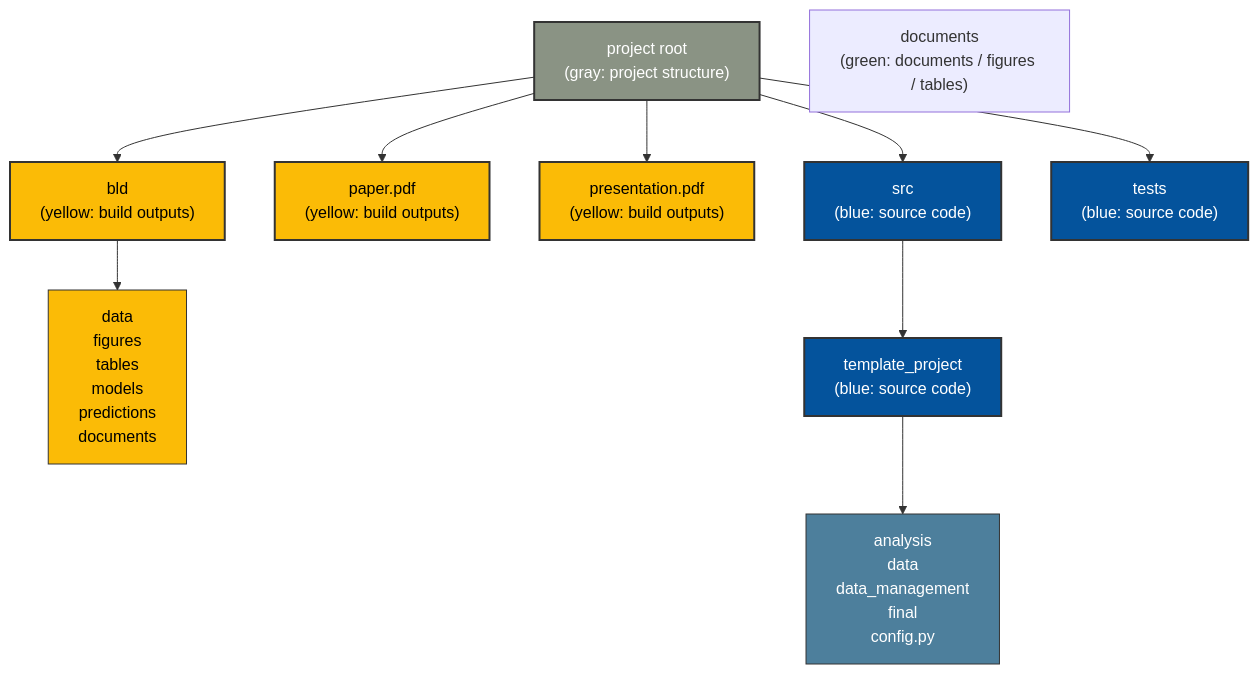
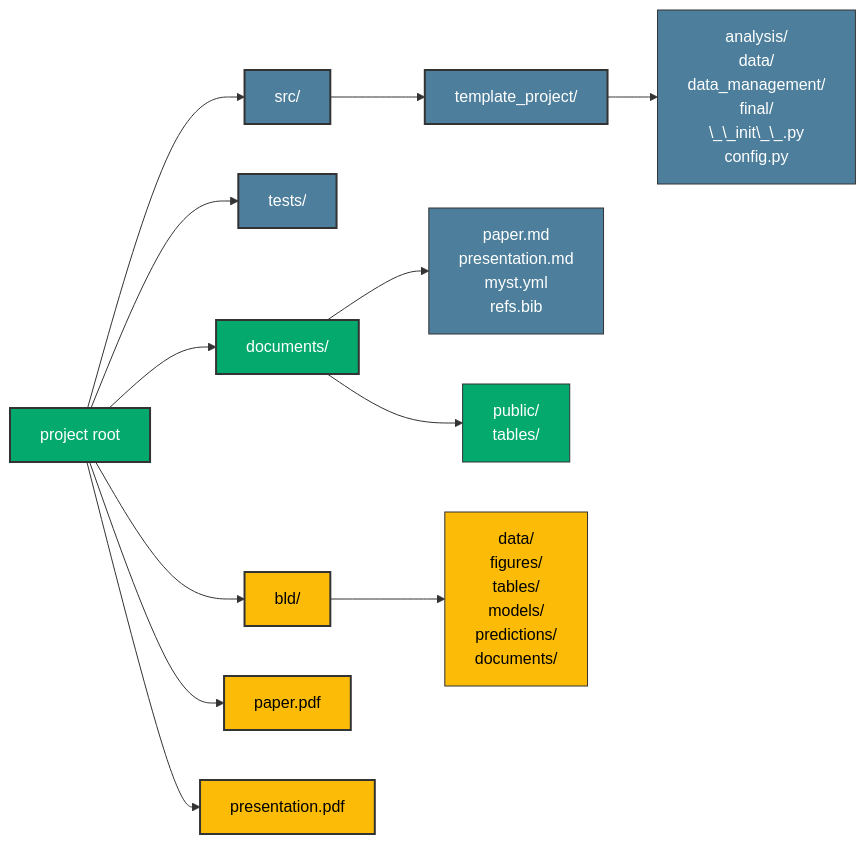
One commit to OpenSourceEconomics/econ-project-templates changed the first of 2 diagrams in docs_template/source/background/directory_structure.md. Above: the diagram before and after it, drawn with Mermaid. The commit also changed other lines of this file and 7 other files, not shown here.

````diff
--- a/docs_template/source/background/directory_structure.md
+++ b/docs_template/source/background/directory_structure.md
@@ -8,36 +8,42 @@
 ```{mermaid}
-flowchart TD
-    Root["project root<br/>(gray: project structure)"]
+flowchart LR
+    Root["project root"]
 
-    Bld["bld<br/>(yellow: build outputs)"]
-    Documents["documents<br/>(green: documents / figures / tables)"]
-    Paper["paper.pdf<br/>(yellow: build outputs)"]
-    Presentation["presentation.pdf<br/>(yellow: build outputs)"]
-    Src["src<br/>(blue: source code)"]
-    Tests["tests<br/>(blue: source code)"]
+    Src["src/"]
+    SrcSub["template_project/"]
+    SrcSubDir["analysis/<br/>data/<br/>data_management/<br/>final/<br/>\_\_init\_\_.py<br/>config.py"]
+    Tests["tests/"]
+    Documents["documents/"]
+    DocumentsSource["paper.md<br/>presentation.md<br/>myst.yml<br/>refs.bib"]
+    DocumentsOutput["public/<br/>tables/"]
+    Bld["bld/"]
+    BldSub["data/<br/>figures/<br/>tables/<br/>models/<br/>predictions/<br/>documents/"]
+    Paper["paper.pdf"]
+    Presentation["presentation.pdf"]
 
-    BldSub["data<br/>figures<br/>tables<br/>models<br/>predictions<br/>documents"]
-    SrcSub["template_project<br/>(blue: source code)"]
-
-    SrcSubDir["analysis<br/>data<br/>data_management<br/>final<br/>config.py"]
-
-    Root --> Bld
     Root --> Paper
     Root --> Presentation
+    Root --> Bld
+    Root --> Documents
     Root --> Src
     Root --> Tests
 
     Bld --> BldSub
+    Documents --> DocumentsSource
+    Documents --> DocumentsOutput
     Src --> SrcSub
     SrcSub --> SrcSubDir
 
-    style Root fill:#8A9384,stroke:#333,stroke-width:2px,color:#fff
+    style Root fill:#04A96D,stroke:#333,stroke-width:2px,color:#fff
     style Bld fill:#FBBB06,stroke:#333,stroke-width:2px,color:#000
+    style Documents fill:#04A96D,stroke:#333,stroke-width:2px,color:#fff
     style Paper fill:#FBBB06,stroke:#333,stroke-width:2px,color:#000
     style Presentation fill:#FBBB06,stroke:#333,stroke-width:2px,color:#000
-    style Src fill:#04539C,stroke:#333,stroke-width:2px,color:#fff
-    style Tests fill:#04539C,stroke:#333,stroke-width:2px,color:#fff
+    style Src fill:#4d7f9c,stroke:#333,stroke-width:2px,color:#fff
+    style Tests fill:#4d7f9c,stroke:#333,stroke-width:2px,color:#fff
     style BldSub fill:#FBBB06,stroke:#333,stroke-width:1px,color:#000
-    style SrcSub fill:#04539C,stroke:#333,stroke-width:2px,color:#fff
+    style DocumentsSource fill:#4d7f9c,stroke:#333,stroke-width:1px,color:#fff
+    style DocumentsOutput fill:#04A96D,stroke:#333,stroke-width:1px,color:#fff
+    style SrcSub fill:#4d7f9c,stroke:#333,stroke-width:2px,color:#fff
     style SrcSubDir fill:#4d7f9c,stroke:#333,stroke-width:1px,color:#fff
 ```
````
